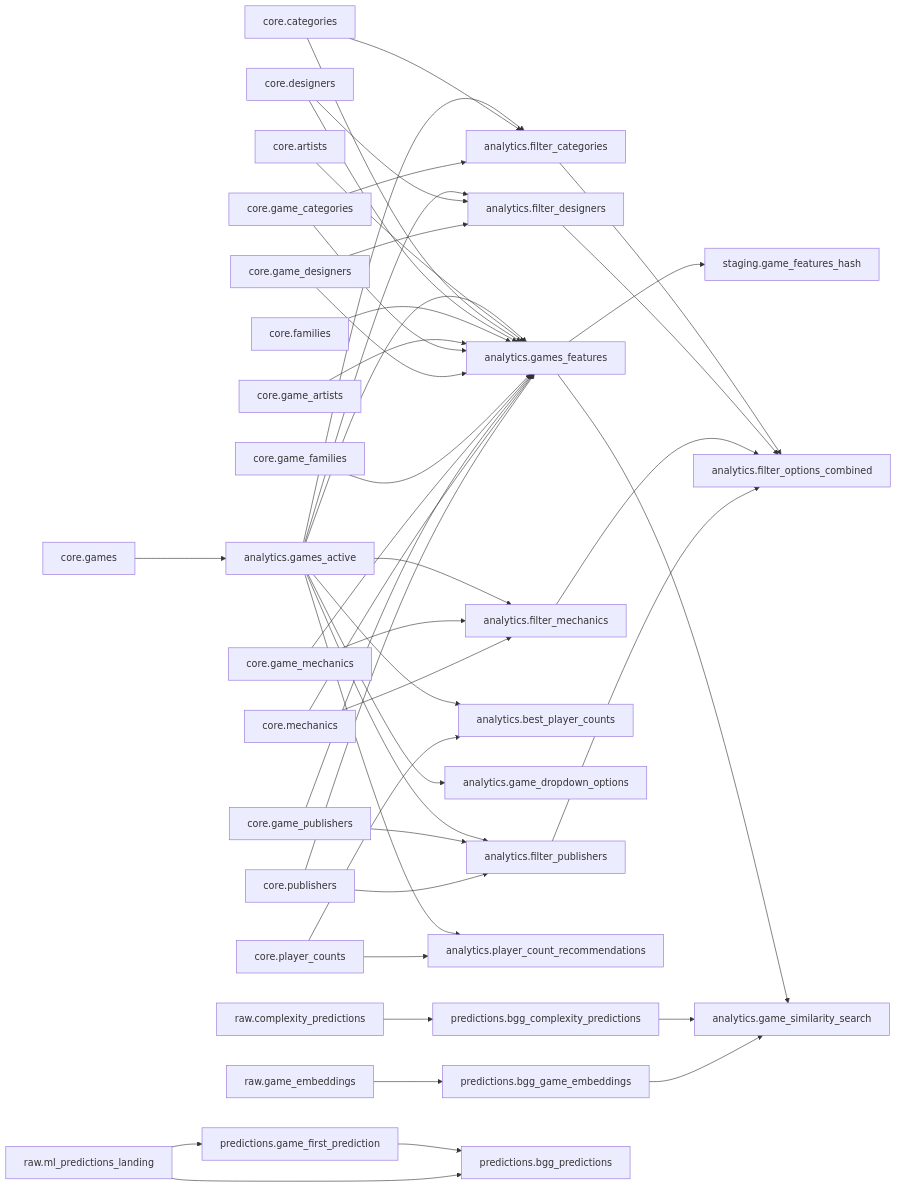
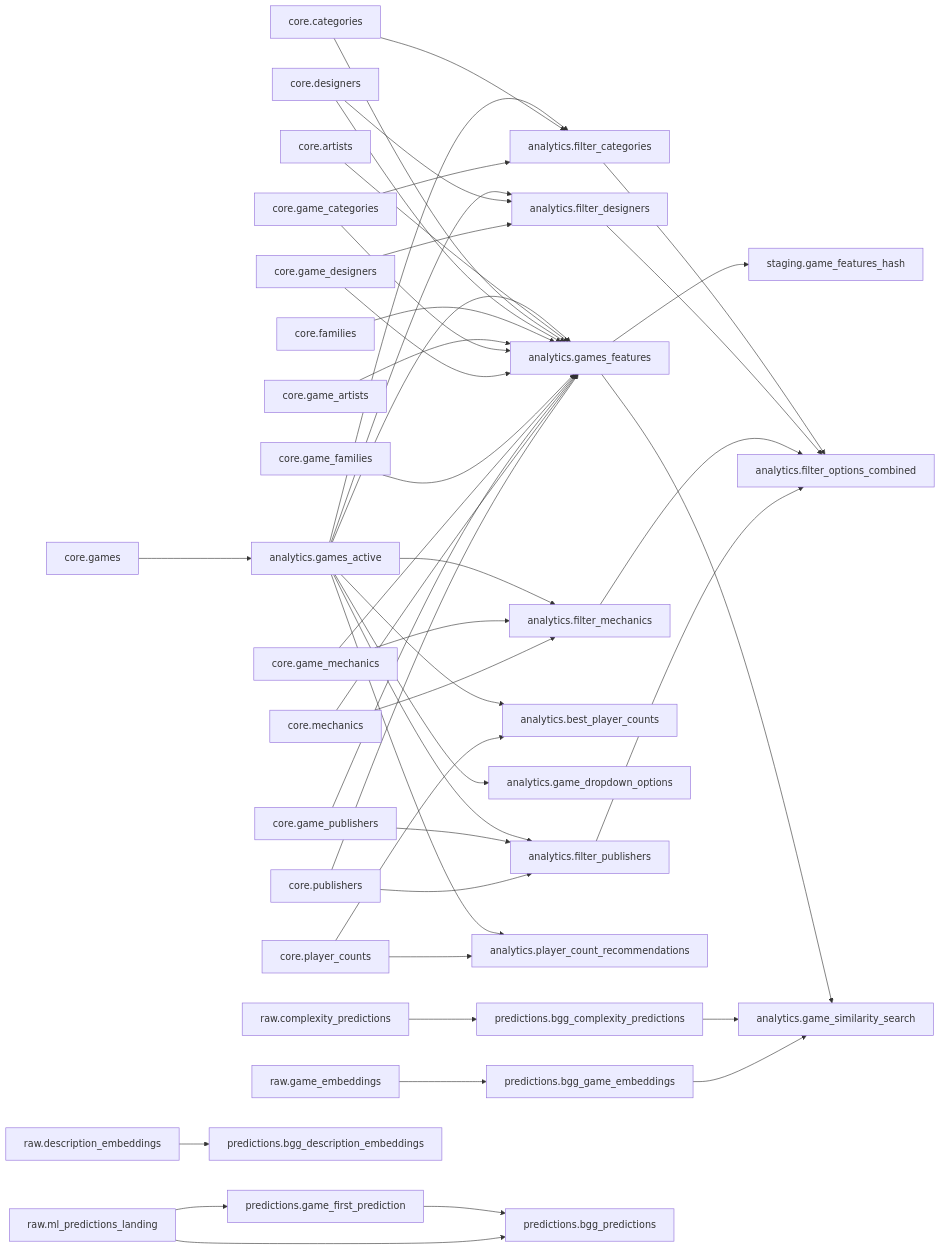
The diagram in docs/lineage.md (phenrickson/bgg-data-warehouse), drawn with Mermaid before and after one commit. The commit also changed 1 other file, not shown here.

Commit message:
Update Dataform lineage diagram [skip ci]

````diff
--- a/docs/lineage.md
+++ b/docs/lineage.md
@@ -3,47 +3,48 @@
 ```mermaid
 graph LR
     analytics__filter_categories["analytics.filter_categories"] --> analytics__filter_options_combined["analytics.filter_options_combined"]
     analytics__filter_designers["analytics.filter_designers"] --> analytics__filter_options_combined["analytics.filter_options_combined"]
     analytics__filter_mechanics["analytics.filter_mechanics"] --> analytics__filter_options_combined["analytics.filter_options_combined"]
     analytics__filter_publishers["analytics.filter_publishers"] --> analytics__filter_options_combined["analytics.filter_options_combined"]
     analytics__games_active["analytics.games_active"] --> analytics__best_player_counts["analytics.best_player_counts"]
     analytics__games_active["analytics.games_active"] --> analytics__filter_categories["analytics.filter_categories"]
     analytics__games_active["analytics.games_active"] --> analytics__filter_designers["analytics.filter_designers"]
     analytics__games_active["analytics.games_active"] --> analytics__filter_mechanics["analytics.filter_mechanics"]
     analytics__games_active["analytics.games_active"] --> analytics__filter_publishers["analytics.filter_publishers"]
     analytics__games_active["analytics.games_active"] --> analytics__game_dropdown_options["analytics.game_dropdown_options"]
     analytics__games_active["analytics.games_active"] --> analytics__games_features["analytics.games_features"]
     analytics__games_active["analytics.games_active"] --> analytics__player_count_recommendations["analytics.player_count_recommendations"]
     analytics__games_features["analytics.games_features"] --> analytics__game_similarity_search["analytics.game_similarity_search"]
     analytics__games_features["analytics.games_features"] --> staging__game_features_hash["staging.game_features_hash"]
     core__artists["core.artists"] --> analytics__games_features["analytics.games_features"]
     core__categories["core.categories"] --> analytics__filter_categories["analytics.filter_categories"]
     core__categories["core.categories"] --> analytics__games_features["analytics.games_features"]
     core__designers["core.designers"] --> analytics__filter_designers["analytics.filter_designers"]
     core__designers["core.designers"] --> analytics__games_features["analytics.games_features"]
     core__families["core.families"] --> analytics__games_features["analytics.games_features"]
     core__game_artists["core.game_artists"] --> analytics__games_features["analytics.games_features"]
     core__game_categories["core.game_categories"] --> analytics__filter_categories["analytics.filter_categories"]
     core__game_categories["core.game_categories"] --> analytics__games_features["analytics.games_features"]
     core__game_designers["core.game_designers"] --> analytics__filter_designers["analytics.filter_designers"]
     core__game_designers["core.game_designers"] --> analytics__games_features["analytics.games_features"]
     core__game_families["core.game_families"] --> analytics__games_features["analytics.games_features"]
     core__game_mechanics["core.game_mechanics"] --> analytics__filter_mechanics["analytics.filter_mechanics"]
     core__game_mechanics["core.game_mechanics"] --> analytics__games_features["analytics.games_features"]
     core__game_publishers["core.game_publishers"] --> analytics__filter_publishers["analytics.filter_publishers"]
     core__game_publishers["core.game_publishers"] --> analytics__games_features["analytics.games_features"]
     core__games["core.games"] --> analytics__games_active["analytics.games_active"]
     core__mechanics["core.mechanics"] --> analytics__filter_mechanics["analytics.filter_mechanics"]
     core__mechanics["core.mechanics"] --> analytics__games_features["analytics.games_features"]
     core__player_counts["core.player_counts"] --> analytics__best_player_counts["analytics.best_player_counts"]
     core__player_counts["core.player_counts"] --> analytics__player_count_recommendations["analytics.player_count_recommendations"]
     core__publishers["core.publishers"] --> analytics__filter_publishers["analytics.filter_publishers"]
     core__publishers["core.publishers"] --> analytics__games_features["analytics.games_features"]
     predictions__bgg_complexity_predictions["predictions.bgg_complexity_predictions"] --> analytics__game_similarity_search["analytics.game_similarity_search"]
     predictions__bgg_game_embeddings["predictions.bgg_game_embeddings"] --> analytics__game_similarity_search["analytics.game_similarity_search"]
     predictions__game_first_prediction["predictions.game_first_prediction"] --> predictions__bgg_predictions["predictions.bgg_predictions"]
     raw__complexity_predictions["raw.complexity_predictions"] --> predictions__bgg_complexity_predictions["predictions.bgg_complexity_predictions"]
+    raw__description_embeddings["raw.description_embeddings"] --> predictions__bgg_description_embeddings["predictions.bgg_description_embeddings"]
     raw__game_embeddings["raw.game_embeddings"] --> predictions__bgg_game_embeddings["predictions.bgg_game_embeddings"]
     raw__ml_predictions_landing["raw.ml_predictions_landing"] --> predictions__bgg_predictions["predictions.bgg_predictions"]
     raw__ml_predictions_landing["raw.ml_predictions_landing"] --> predictions__game_first_prediction["predictions.game_first_prediction"]
 ```
````
